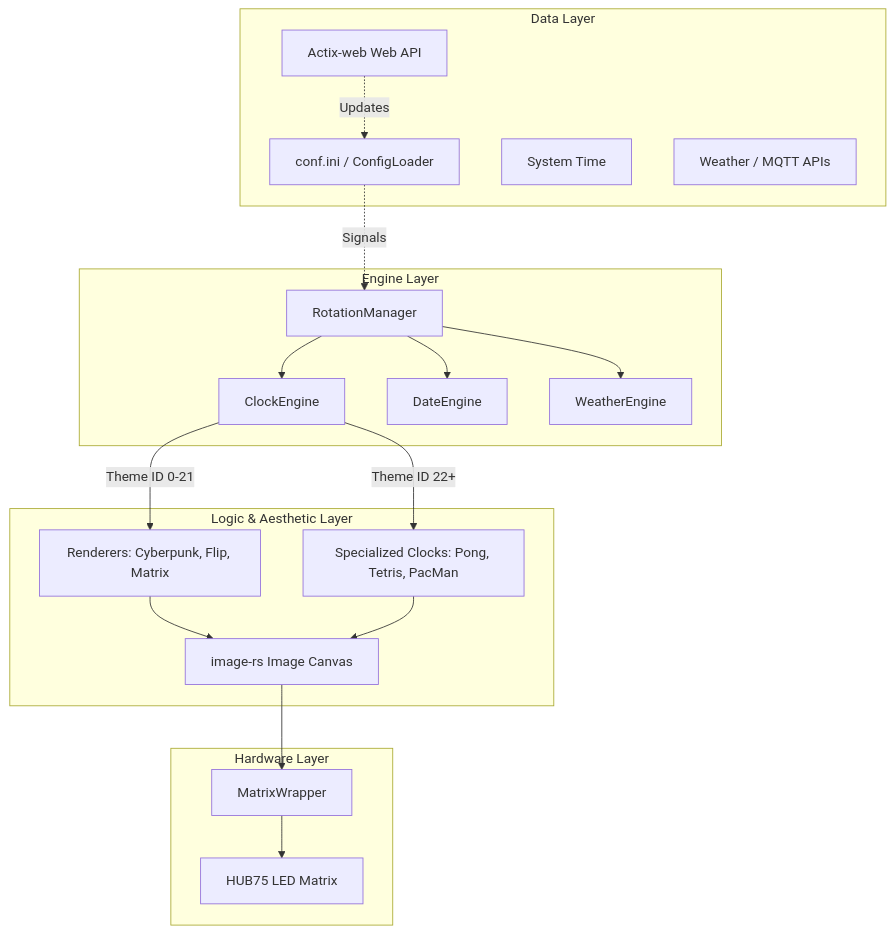
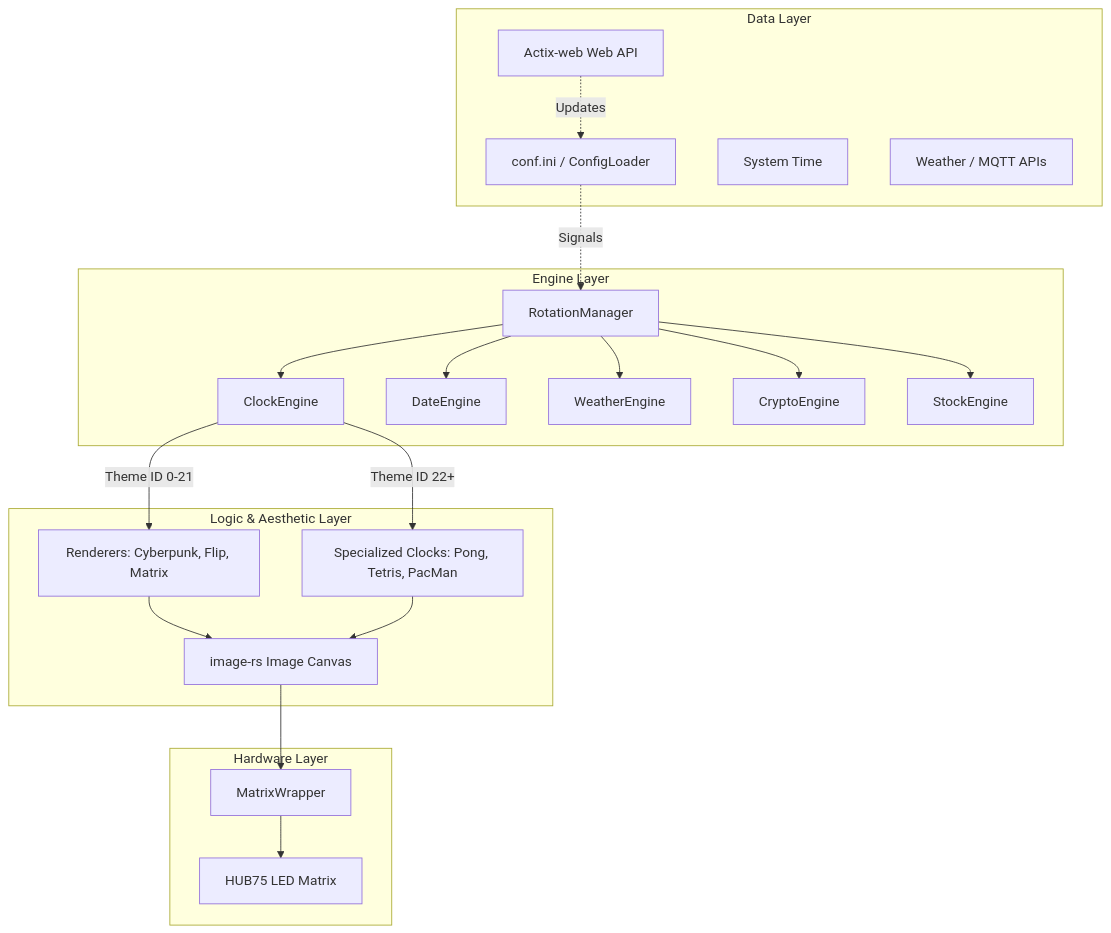
The first of 2 diagrams in docs/ARCHITECTURE.md (red77290/ArcadeMatrix_RPI), drawn with Mermaid before and after one commit. The commit also changed 11 other files, not shown here.

First line of the commit message:
feat(crypto,stock,doc): Add CryptoEngine, StockEngine, Web UI tabs, Actix API & OpenAPI docs

````diff
--- a/docs/ARCHITECTURE.md
+++ b/docs/ARCHITECTURE.md
@@ -24,32 +24,34 @@
 ```mermaid
 graph TD
     subgraph Data Layer
         API[Actix-web Web API]
         Config[conf.ini / ConfigLoader]
         Time[System Time]
         Network[Weather / MQTT APIs]
     end
 
     subgraph Engine Layer
         Rot[RotationManager]
         ClockE[ClockEngine]
         DateE[DateEngine]
         WeathE[WeatherEngine]
-        Rot --> ClockE & DateE & WeathE
+        CryptoE[CryptoEngine]
+        StockE[StockEngine]
+        Rot --> ClockE & DateE & WeathE & CryptoE & StockE
     end
 
     subgraph Logic & Aesthetic Layer
         ClockE -->|Theme ID 0-21| Renderers[Renderers: Cyberpunk, Flip, Matrix]
         ClockE -->|Theme ID 22+| SpClocks[Specialized Clocks: Pong, Tetris, PacMan]
         Renderers --> Pil[image-rs Image Canvas]
         SpClocks --> Pil
     end
 
     subgraph Hardware Layer
         Pil --> Wrapper[MatrixWrapper]
         Wrapper --> Hardware[HUB75 LED Matrix]
     end
 
     API -.->|Updates| Config
     Config -.->|Signals| Rot
 ```
````
